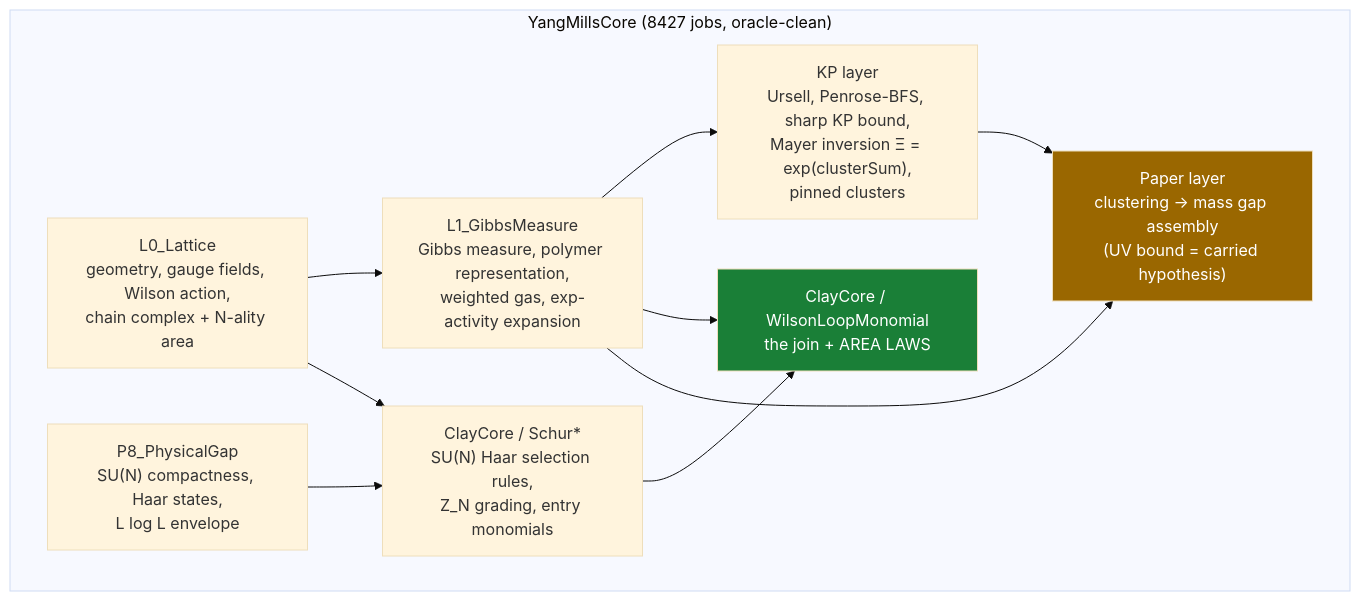
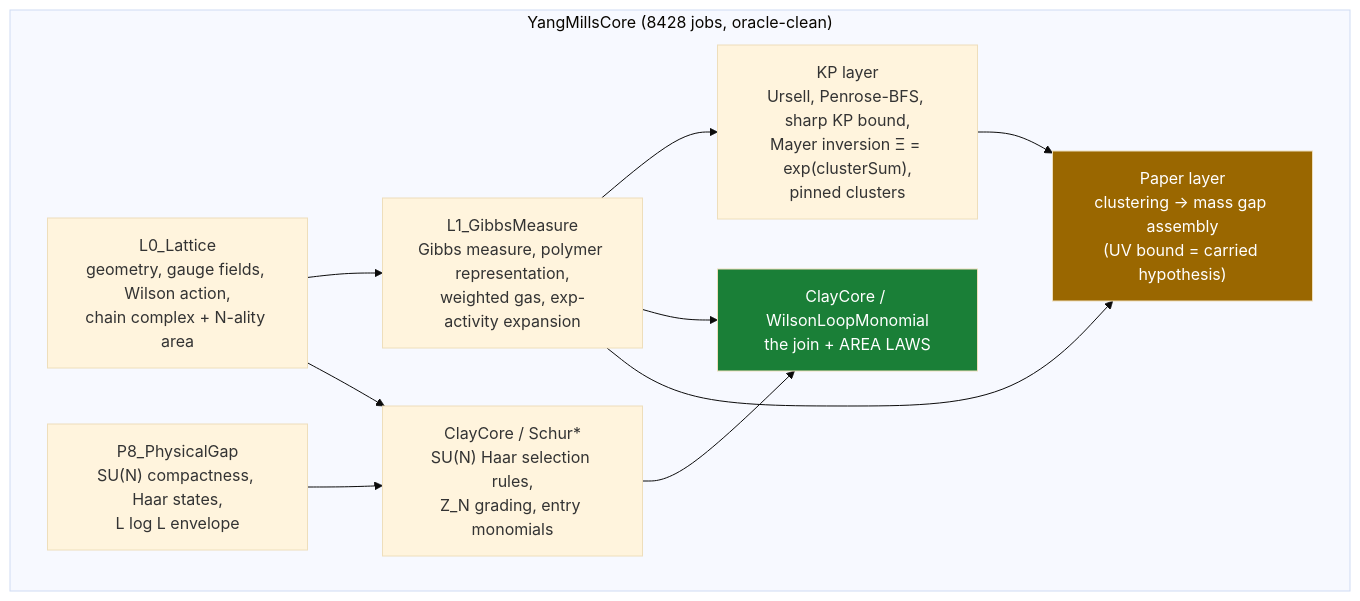
The diagram in README.md (lluiseriksson/THE-ERIKSSON-PROGRAMME), drawn with Mermaid (base theme) before and after one commit. The commit also changed other lines of this file and 15 other files, not shown here.

````diff
--- a/README.md
+++ b/README.md
@@ -422,20 +427,20 @@
 ```mermaid
 graph TD
-    subgraph core["YangMillsCore  (8427 jobs, oracle-clean)"]
+    subgraph core["YangMillsCore  (8428 jobs, oracle-clean)"]
         L0["L0_Lattice<br/>geometry, gauge fields, Wilson action,<br/>chain complex + N-ality area"]
         L1["L1_GibbsMeasure<br/>Gibbs measure, polymer representation,<br/>weighted gas, exp-activity expansion"]
         KP["KP layer<br/>Ursell, Penrose-BFS, sharp KP bound,<br/>Mayer inversion Ξ = exp(clusterSum),<br/>pinned clusters"]
         SCHUR["ClayCore / Schur*<br/>SU(N) Haar selection rules,<br/>Z_N grading, entry monomials"]
         WLM["ClayCore / WilsonLoopMonomial<br/>the join + AREA LAWS"]
         PAPER["Paper layer<br/>clustering → mass gap assembly<br/>(UV bound = carried hypothesis)"]
         P8["P8_PhysicalGap<br/>SU(N) compactness, Haar states,<br/>L log L envelope"]
     end
     L0 --> L1 --> KP
     L0 --> SCHUR --> WLM
     L1 --> WLM
     L1 --> PAPER
     KP --> PAPER
     P8 --> SCHUR
     style WLM fill:#1a7f37,color:#fff
     style PAPER fill:#9a6700,color:#fff
 ```
````
